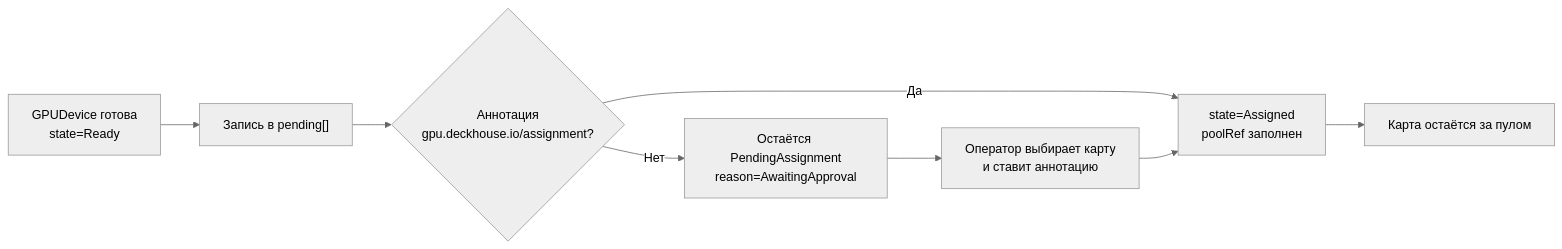
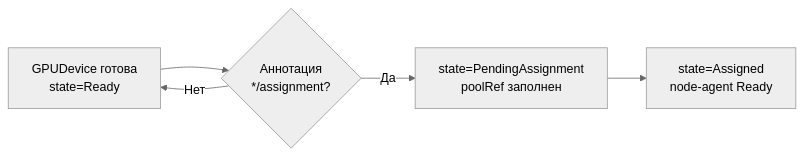
One commit to aleksandr-podmoskovniy/gpu-control-plane changed the sixth of 7 diagrams in docs/adr/ADR-gpu-control-plane.ru.md. Above: the diagram before and after it, drawn with Mermaid (neutral theme). The commit also changed other lines of this file and 253 other files, not shown here.

````diff
--- a/docs/adr/ADR-gpu-control-plane.ru.md
+++ b/docs/adr/ADR-gpu-control-plane.ru.md
@@ -1088,10 +957,7 @@
 ```mermaid
 flowchart LR
-    Ready["GPUDevice готова<br/>state=Ready"] --> Pending["Запись в pending[]"]
-    Pending --> DevConfirm{"Аннотация<br/>gpu.deckhouse.io/assignment?"}
-    DevConfirm -->|Да| DevAssigned["state=Assigned<br/>poolRef заполнен"]
-    DevConfirm -->|Нет| DevAwait["Остаётся PendingAssignment<br/>reason=AwaitingApproval"]
-    DevAwait --> DevSelect["Оператор выбирает карту<br/>и ставит аннотацию"]
-    DevSelect --> DevAssigned
-    DevAssigned --> DevHold["Карта остаётся за пулом"]
+    Ready["GPUDevice готова<br/>state=Ready"] --> DevConfirm{"Аннотация<br/>*/assignment?"}
+    DevConfirm -->|Нет| Ready
+    DevConfirm -->|Да| Pending["state=PendingAssignment<br/>poolRef заполнен"]
+    Pending --> DevAssigned["state=Assigned<br/>node-agent Ready"]
 ```
````
